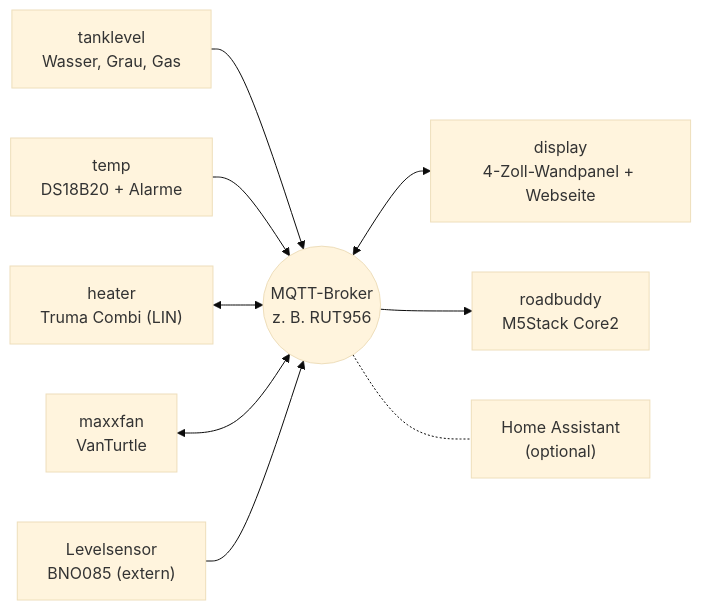
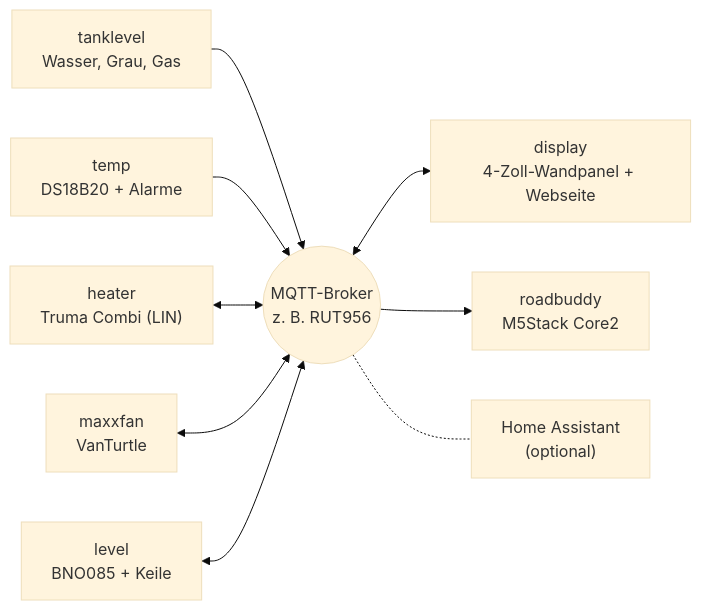
Before and after one commit to hflocki/camper-mqtt: the diagram in README.md, drawn with Mermaid (base theme). The commit also changed other lines of this file and 32 other files, not shown here.

````diff
--- a/README.md
+++ b/README.md
@@ -5,12 +5,12 @@
 ```mermaid
 flowchart LR
   broker(("MQTT-Broker<br/>z. B. RUT956"))
   tank["tanklevel<br/>Wasser, Grau, Gas"] --> broker
   temp["temp<br/>DS18B20 + Alarme"] --> broker
   heater["heater<br/>Truma Combi (LIN)"] <--> broker
   fan["maxxfan<br/>VanTurtle"] <--> broker
-  level["Levelsensor<br/>BNO085 (extern)"] --> broker
+  level["level<br/>BNO085 + Keile"] <--> broker
   broker <--> display["display<br/>4-Zoll-Wandpanel + Webseite"]
   broker --> rb["roadbuddy<br/>M5Stack Core2"]
   broker -.- ha["Home Assistant<br/>(optional)"]
 ```
````
